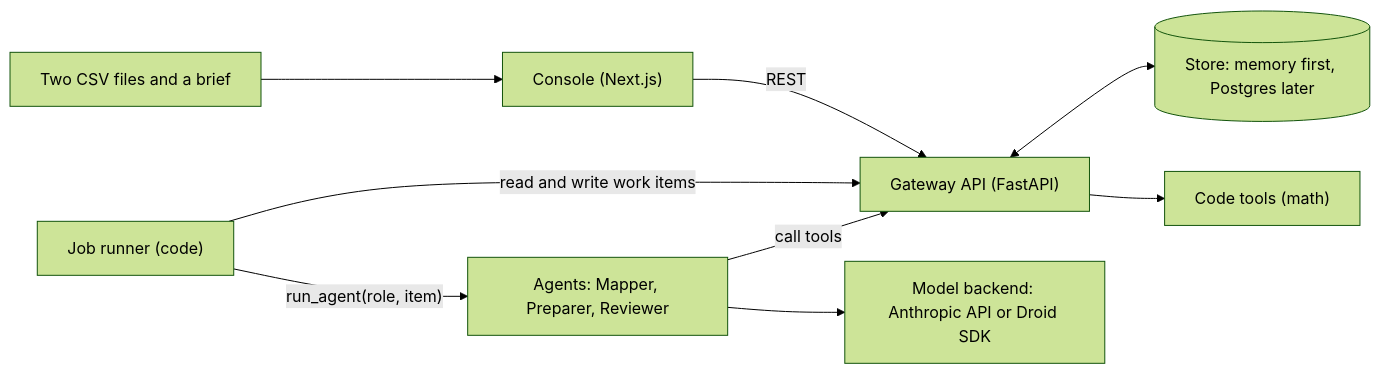
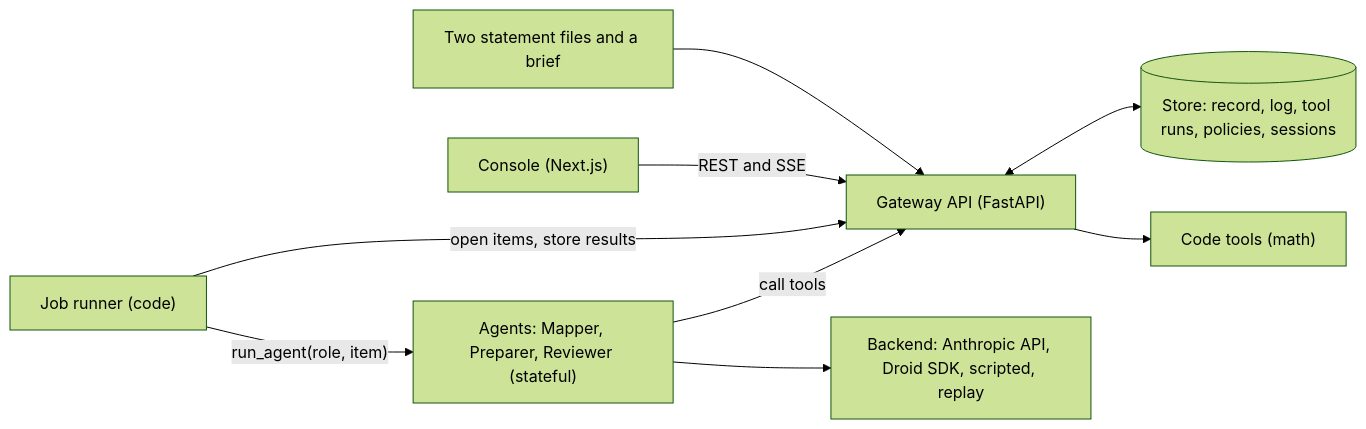
Before and after one commit to cayden-h/stochastic: the diagram in docs/architecture/README.md, drawn with Mermaid (forest theme). The commit also changed other lines of this file and 58 other files, not shown here.

First line of the commit message:
Build the backend end to end on the Kewaunee deal; make agents stateful

````diff
--- a/docs/architecture/README.md
+++ b/docs/architecture/README.md
@@ -30,20 +27,20 @@
 ```mermaid
 flowchart LR
-    FILES["Two CSV files and a brief"]
+    FILES["Two statement files and a brief"]
     UI["Console (Next.js)"]
     API["Gateway API (FastAPI)"]
-    STORE[("Store: memory first, Postgres later")]
+    STORE[("Store: record, log, tool runs, policies, sessions")]
     RUN["Job runner (code)"]
-    AG["Agents: Mapper, Preparer, Reviewer"]
+    AG["Agents: Mapper, Preparer, Reviewer (stateful)"]
     TL["Code tools (math)"]
-    LLM["Model backend: Anthropic API or Droid SDK"]
+    LLM["Backend: Anthropic API, Droid SDK, scripted, replay"]
 
-    FILES --> UI
-    UI -- "REST" --> API
+    FILES --> API
+    UI -- "REST and SSE" --> API
     API <--> STORE
-    RUN -- "read and write work items" --> API
+    RUN -- "open items, store results" --> API
     RUN -- "run_agent(role, item)" --> AG
     AG -- "call tools" --> API
     API --> TL
     AG --> LLM
 ```
````
